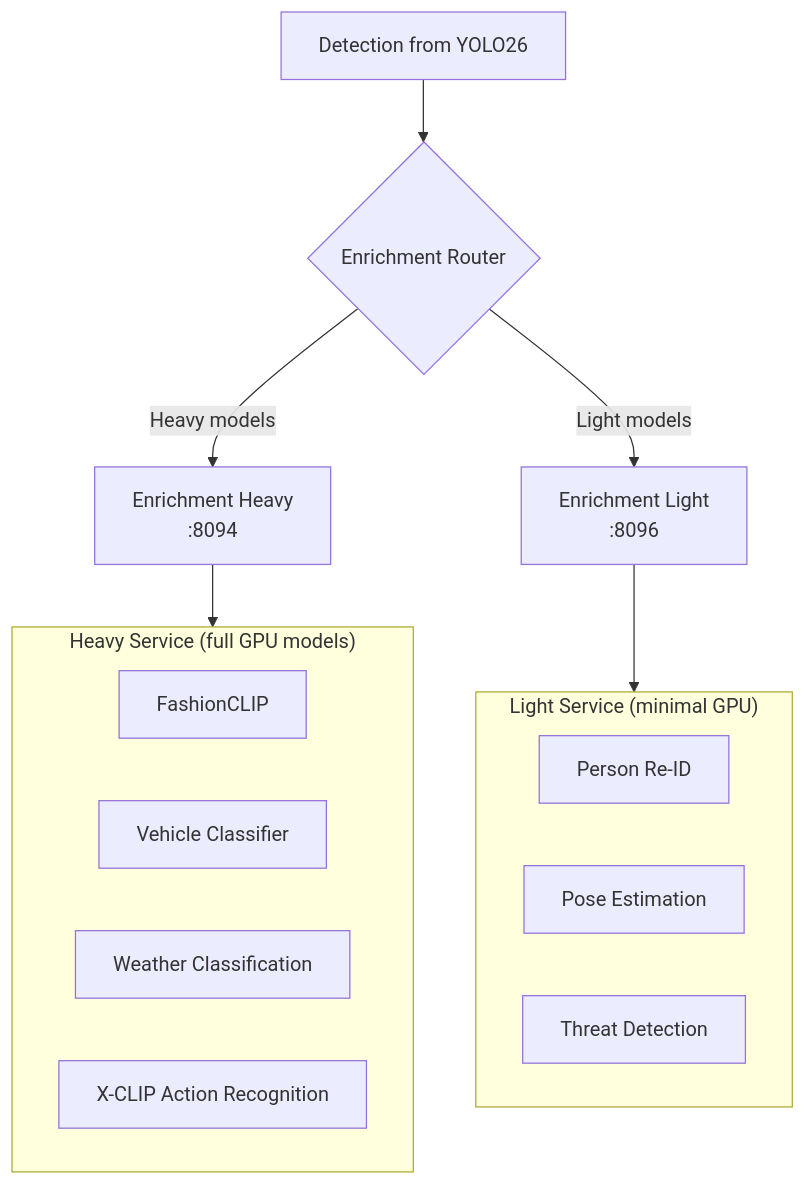
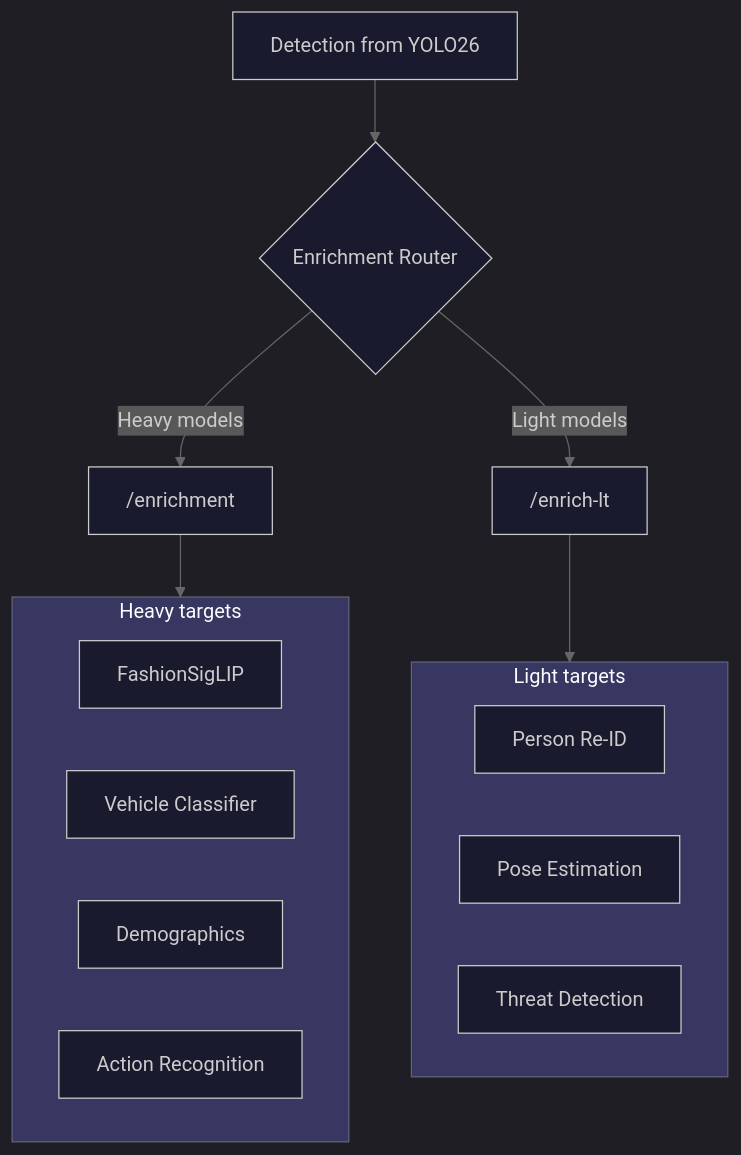
Before and after one commit to mikesvoboda/nemotron-v3-home-security-intelligence: the second of 4 diagrams in docs/ai/model-zoo.md, drawn with Mermaid. The commit also changed other lines of this file and 313 other files, not shown here.

````diff
--- a/docs/ai/model-zoo.md
+++ b/docs/ai/model-zoo.md
@@ -87,19 +117,32 @@
 ```mermaid
+%%{init: {
+  'theme': 'dark',
+  'themeVariables': {
+    'primaryColor': '#3B82F6',
+    'primaryTextColor': '#FFFFFF',
+    'primaryBorderColor': '#60A5FA',
+    'secondaryColor': '#A855F7',
+    'tertiaryColor': '#009688',
+    'background': '#121212',
+    'mainBkg': '#1a1a2e',
+    'lineColor': '#666666'
+  }
+}}%%
 flowchart TB
     DET[Detection from YOLO26] --> ROUTER{Enrichment Router}
-    ROUTER -->|Heavy models| HEAVY["Enrichment Heavy<br/>:8094"]
-    ROUTER -->|Light models| LIGHT["Enrichment Light<br/>:8096"]
-    subgraph HEAVY_SVC["Heavy Service (full GPU models)"]
-        FC[FashionCLIP]
+    ROUTER -->|Heavy models| HEAVY["/enrichment"]
+    ROUTER -->|Light models| LIGHT["/enrich-lt"]
+    subgraph HEAVY_SVC["Heavy targets"]
+        FC[FashionSigLIP]
         VC[Vehicle Classifier]
-        WX[Weather Classification]
-        XC[X-CLIP Action Recognition]
+        DM[Demographics]
+        XC[Action Recognition]
     end
-    subgraph LIGHT_SVC["Light Service (minimal GPU)"]
+    subgraph LIGHT_SVC["Light targets"]
         PR[Person Re-ID]
         PE[Pose Estimation]
         TD[Threat Detection]
     end
     HEAVY --> HEAVY_SVC
     LIGHT --> LIGHT_SVC
 ```
````
